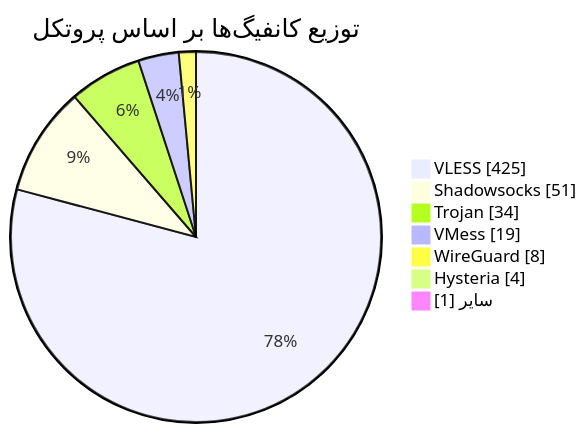
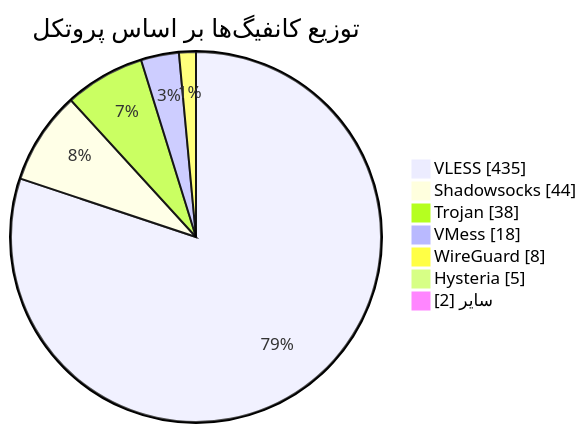
The diagram in README.md (Arian-Alijani/Somthing), drawn with Mermaid before and after one commit. The commit also changed other lines of this file and 87 other files, not shown here.

````diff
--- a/README.md
+++ b/README.md
@@ -49,11 +49,11 @@
 ```mermaid
 pie showData
     title توزیع کانفیگ‌ها بر اساس پروتکل
-    "VLESS" : 425
-    "Shadowsocks" : 51
-    "Trojan" : 34
-    "VMess" : 19
+    "VLESS" : 435
+    "Shadowsocks" : 44
+    "Trojan" : 38
+    "VMess" : 18
     "WireGuard" : 8
-    "Hysteria" : 4
-    "سایر" : 1
+    "Hysteria" : 5
+    "سایر" : 2
 ```
````
